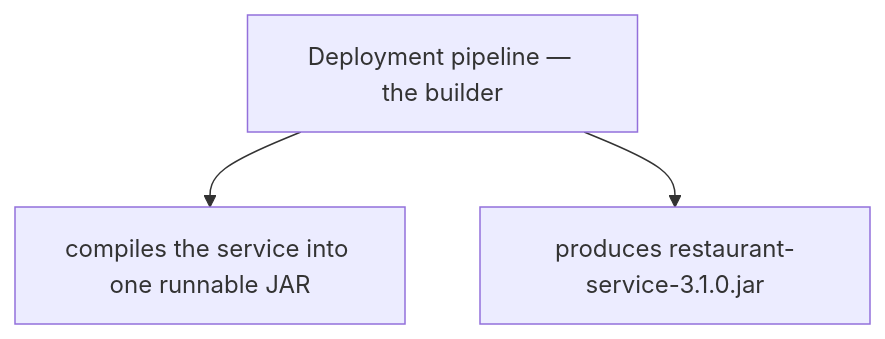
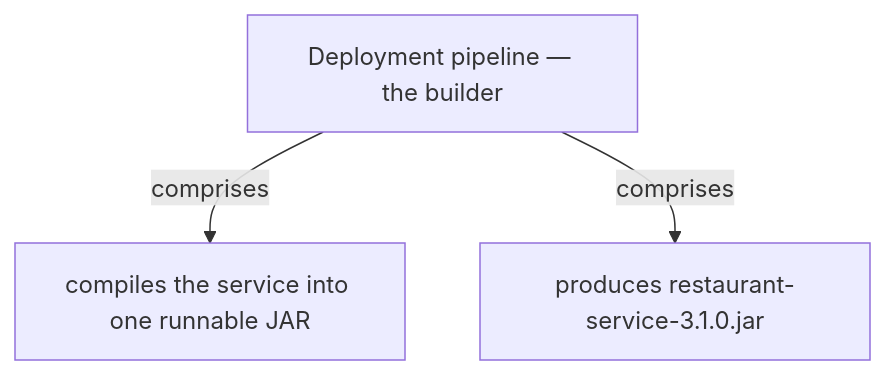
One commit to vinayakuber/microservices-io-study-guide changed the fifth of 13 diagrams in docs/ch39-language-specific-packaging-format.md. Above: the diagram before and after it, drawn with Mermaid. The commit also changed other lines of this file and 71 other files, not shown here.

First line of the commit message:
R18: label every diagram arrow with its meaning

````diff
--- a/docs/ch39-language-specific-packaging-format.md
+++ b/docs/ch39-language-specific-packaging-format.md
@@ -193,6 +193,6 @@
 ```mermaid
 flowchart TD
   R["Deployment pipeline — the builder"]
-  R --> P0["compiles the service into one runnable JAR"]
-  R --> P1["produces restaurant-service-3.1.0.jar"]
+  R -->|"comprises"| P0["compiles the service into one runnable JAR"]
+  R -->|"comprises"| P1["produces restaurant-service-3.1.0.jar"]
 ```
````
